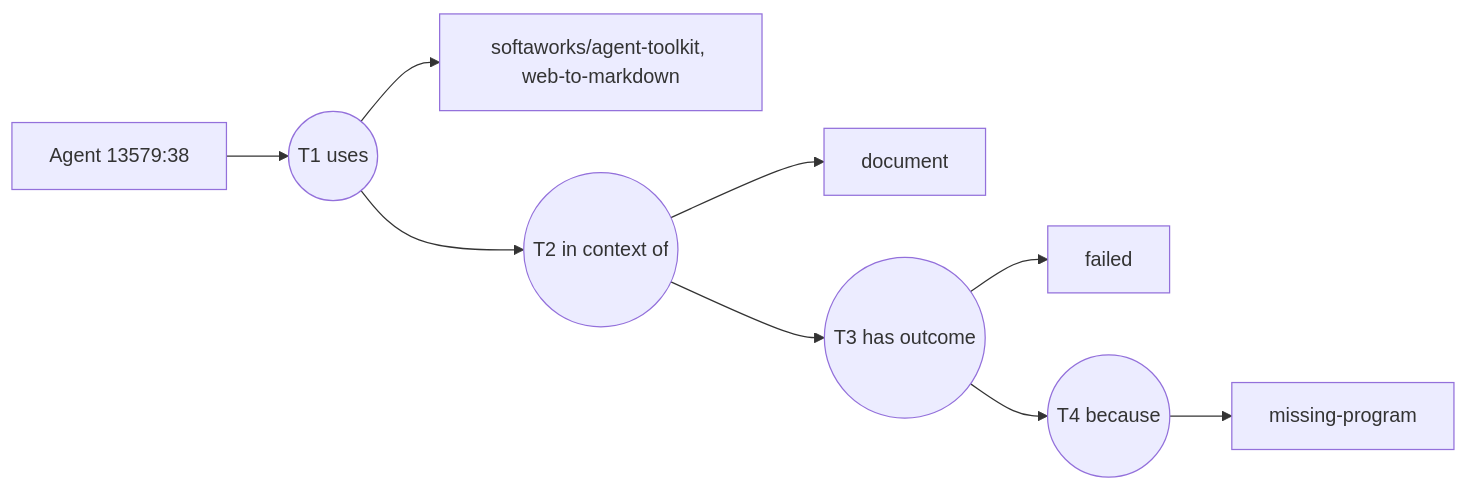
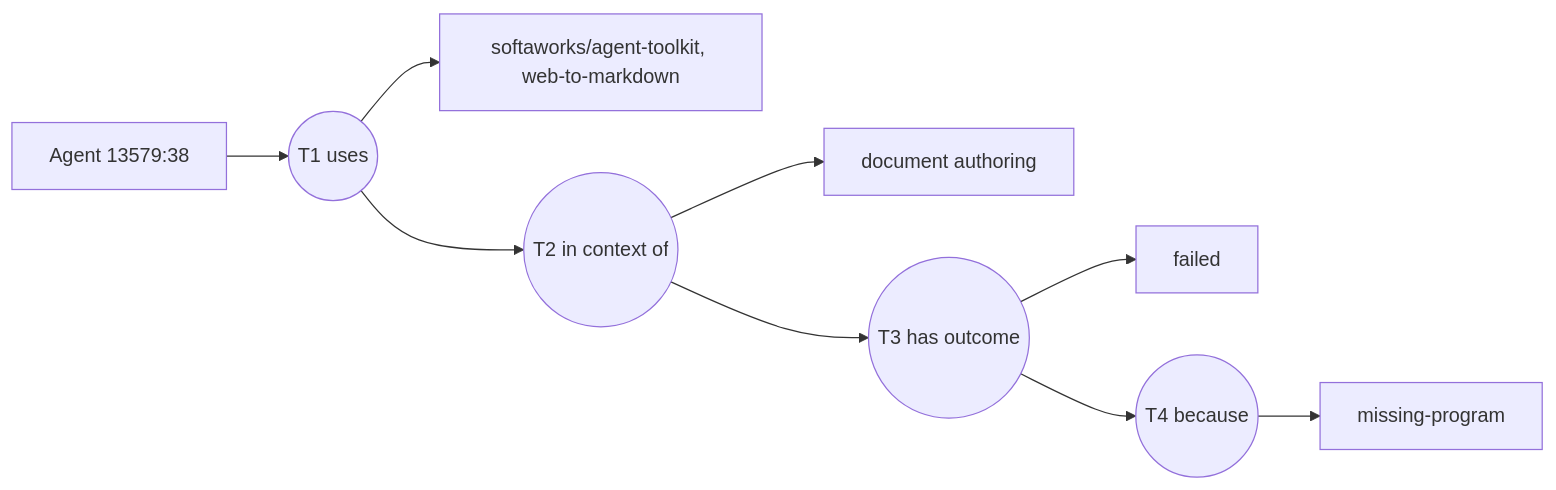
Before and after one commit to intuition-box/ARP: the first of 2 diagrams in apps/web/public/docs/lines.md, drawn with Mermaid. The commit also changed 8 other files, not shown here.

````diff
--- a/apps/web/public/docs/lines.md
+++ b/apps/web/public/docs/lines.md
@@ -24,11 +24,11 @@
 ```mermaid
 flowchart LR
     A["Agent 13579:38"] --> T1(("T1 uses"))
     T1 --> S["softaworks/agent-toolkit, web-to-markdown"]
     T1 --> T2(("T2 in context of"))
-    T2 --> D["document"]
+    T2 --> D["document authoring"]
     T2 --> T3(("T3 has outcome"))
     T3 --> O["failed"]
     T3 --> T4(("T4 because"))
     T4 --> R["missing-program"]
 ```
````
